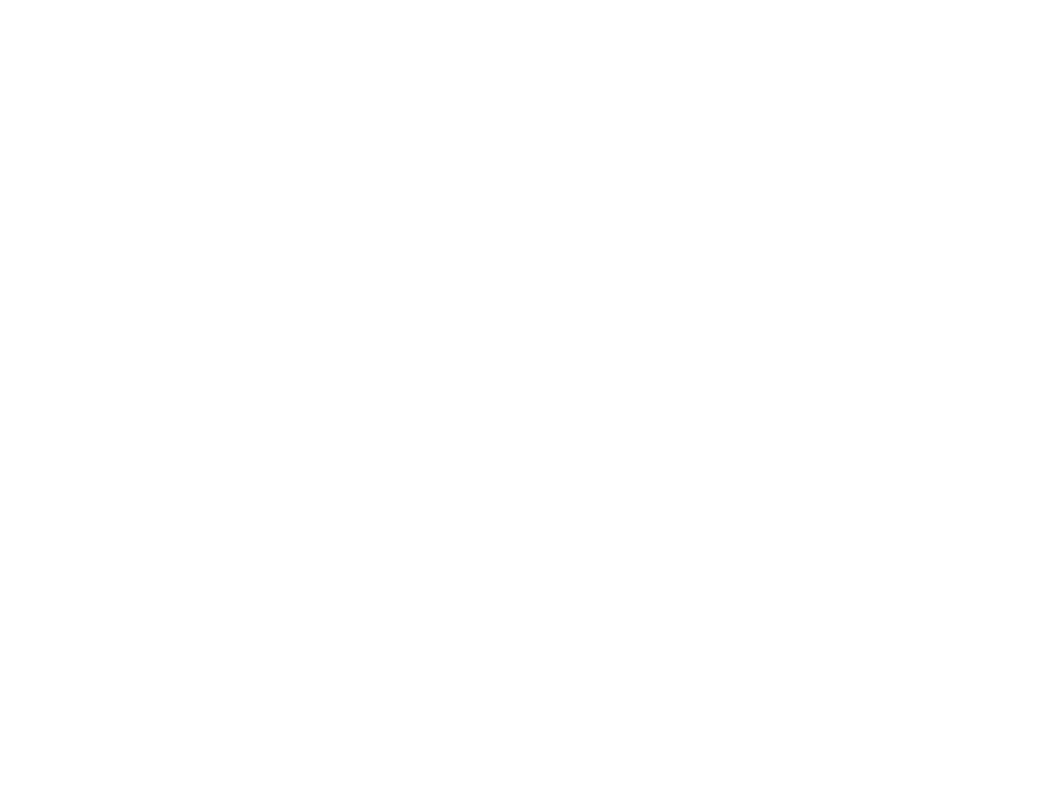
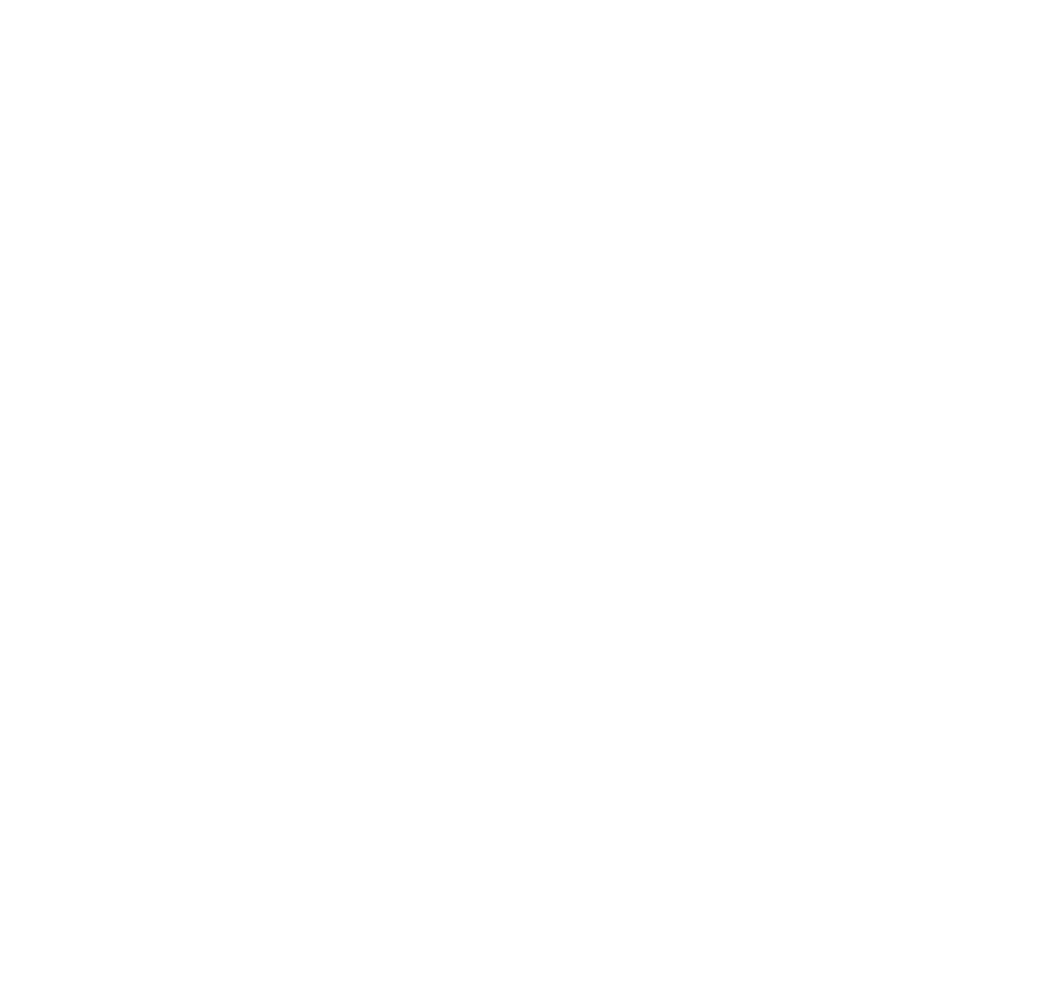
The diagram in data/graph.dot (dodokek/Tree-Structure-Akinator), drawn with Graphviz before and after one commit. The commit also changed 3 other files, not shown here.

```diff
--- a/data/graph.dot
+++ b/data/graph.dot
@@ -1,67 +1,73 @@
 
     digraph g {
         dpi      = 200;
         fontname = "Comic Sans MS";
         fontsize = 20;
         rankdir   =  TB;
         edge [color = darkgrey, arrowhead = onormal, arrowsize = 1, penwidth = 1.2]
         graph[fillcolor = lightgreen, ranksep = 1.3, nodesep = 0.5,
         style = "rounded, filled",color = green, penwidth = 2]
 
-    Node0000000000f824b0[shape=rectangle, color="red", width=0.2, style="filled",fillcolor="lightblue", label="Animal"] 
+    Node00000000010524b0[shape=rectangle, color="red", width=0.2, style="filled",fillcolor="lightblue", label="Animal"] 
  
-Node0000000000f82550[shape=rectangle, color="red", width=0.2, style="filled",fillcolor="lightblue", label="SucksDick"] 
+Node0000000001052550[shape=rectangle, color="red", width=0.2, style="filled",fillcolor="lightblue", label="SucksDick"] 
  
-Node0000000000f825f0[shape=rectangle, color="red", width=0.2, style="filled",fillcolor="lightblue", label="StudyInMAI"] 
+Node00000000010525f0[shape=rectangle, color="red", width=0.2, style="filled",fillcolor="lightblue", label="StudyInMAI"] 
  
-Node0000000000f82690[shape=rectangle, color="red", width=0.2, style="filled",fillcolor="lightblue", label="FiveInchDick"] 
+Node0000000001052690[shape=rectangle, color="red", width=0.2, style="filled",fillcolor="lightblue", label="FiveInchDick"] 
  
-Node0000000000f826c0[shape=rectangle, color="red", width=0.2, style="filled",fillcolor="lightblue", label="MishkFreddie"] 
+Node00000000010526c0[shape=rectangle, color="red", width=0.2, style="filled",fillcolor="lightblue", label="MishkFreddie"] 
  
-Node0000000000f826f0[shape=rectangle, color="red", width=0.2, style="filled",fillcolor="lightblue", label="Dolbaeb"] 
+Node0000000001057970[shape=rectangle, color="red", width=0.2, style="filled",fillcolor="lightblue", label="Dolbaeb"] 
  
-Node0000000000f879f0[shape=rectangle, color="red", width=0.2, style="filled",fillcolor="lightblue", label="Sanya"] 
+Node0000000001057a10[shape=rectangle, color="red", width=0.2, style="filled",fillcolor="lightblue", label="Sanya"] 
  
-Node0000000000f87a90[shape=rectangle, color="red", width=0.2, style="filled",fillcolor="lightblue", label="Govnovoder"] 
+Node0000000001057ab0[shape=rectangle, color="red", width=0.2, style="filled",fillcolor="lightblue", label="Govnovoder"] 
  
-Node0000000000f87b30[shape=rectangle, color="red", width=0.2, style="filled",fillcolor="lightblue", label="lox"] 
+Node0000000001057b50[shape=rectangle, color="red", width=0.2, style="filled",fillcolor="lightblue", label="lox"] 
  
-Node0000000000f87bd0[shape=rectangle, color="red", width=0.2, style="filled",fillcolor="lightblue", label="ya"] 
+Node0000000001057f60[shape=rectangle, color="red", width=0.2, style="filled",fillcolor="lightblue", label="Ultra"] 
  
-Node0000000000f87c70[shape=rectangle, color="red", width=0.2, style="filled",fillcolor="lightblue", label="Krestena"] 
+Node0000000001058050[shape=rectangle, color="red", width=0.2, style="filled",fillcolor="lightblue", label="Ded"] 
  
-Node0000000000f87d10[shape=rectangle, color="red", width=0.2, style="filled",fillcolor="lightblue", label="Arcadiy"] 
+Node0000000001057bf0[shape=rectangle, color="red", width=0.2, style="filled",fillcolor="lightblue", label="ya"] 
  
-Node0000000000f87db0[shape=rectangle, color="red", width=0.2, style="filled",fillcolor="lightblue", label="CumsAlot"] 
+Node0000000001057c90[shape=rectangle, color="red", width=0.2, style="filled",fillcolor="lightblue", label="Krestena"] 
  
-Node0000000000f87e50[shape=rectangle, color="red", width=0.2, style="filled",fillcolor="lightblue", label="Vitalik"] 
+Node0000000001057d30[shape=rectangle, color="red", width=0.2, style="filled",fillcolor="lightblue", label="Arcadiy"] 
  
-Node0000000000f88270[shape=rectangle, color="red", width=0.2, style="filled",fillcolor="lightblue", label="Coder"] 
+Node0000000001057dd0[shape=rectangle, color="red", width=0.2, style="filled",fillcolor="lightblue", label="CumsAlot"] 
  
-Node0000000000f880c0[shape=rectangle, color="red", width=0.2, style="filled",fillcolor="lightblue", label="Roma"] 
+Node0000000001057e70[shape=rectangle, color="red", width=0.2, style="filled",fillcolor="lightblue", label="Vitalik"] 
  
-Node0000000000f88120[shape=rectangle, color="red", width=0.2, style="filled",fillcolor="lightblue", label="Joe"] 
+Node0000000001057ff0[shape=rectangle, color="red", width=0.2, style="filled",fillcolor="lightblue", label="Coder"] 
  
-Node0000000000f880f0[shape=rectangle, color="red", width=0.2, style="filled",fillcolor="lightblue", label="Obama"] 
+Node0000000001058080[shape=rectangle, color="red", width=0.2, style="filled",fillcolor="lightblue", label="Roma"] 
  
-Node0000000000f88150[shape=rectangle, color="red", width=0.2, style="filled",fillcolor="lightblue", label="Sashka"] 
+Node00000000010580b0[shape=rectangle, color="red", width=0.2, style="filled",fillcolor="lightblue", label="Joe"] 
  
-Node0000000000f824b0->Node0000000000f82550
-Node0000000000f82550->Node0000000000f825f0
-Node0000000000f825f0->Node0000000000f82690
-Node0000000000f82690->Node0000000000f826c0
-Node0000000000f82690->Node0000000000f826f0
-Node0000000000f825f0->Node0000000000f879f0
-Node0000000000f82550->Node0000000000f87a90
-Node0000000000f87a90->Node0000000000f87b30
-Node0000000000f87b30->Node0000000000f87bd0
-Node0000000000f87b30->Node0000000000f87c70
-Node0000000000f87a90->Node0000000000f87d10
-Node0000000000f824b0->Node0000000000f87db0
-Node0000000000f87db0->Node0000000000f87e50
-Node0000000000f87db0->Node0000000000f88270
-Node0000000000f88270->Node0000000000f880c0
-Node0000000000f88270->Node0000000000f88120
-Node0000000000f88120->Node0000000000f880f0
-Node0000000000f88120->Node0000000000f88150
+Node00000000010581d0[shape=rectangle, color="red", width=0.2, style="filled",fillcolor="lightblue", label="Obama"] 
+ 
+Node0000000001058140[shape=rectangle, color="red", width=0.2, style="filled",fillcolor="lightblue", label="Sashka"] 
+ 
+Node00000000010524b0->Node0000000001052550
+Node0000000001052550->Node00000000010525f0
+Node00000000010525f0->Node0000000001052690
+Node0000000001052690->Node00000000010526c0
+Node0000000001052690->Node0000000001057970
+Node00000000010525f0->Node0000000001057a10
+Node0000000001052550->Node0000000001057ab0
+Node0000000001057ab0->Node0000000001057b50
+Node0000000001057b50->Node0000000001057f60
+Node0000000001057f60->Node0000000001058050
+Node0000000001057f60->Node0000000001057bf0
+Node0000000001057b50->Node0000000001057c90
+Node0000000001057ab0->Node0000000001057d30
+Node00000000010524b0->Node0000000001057dd0
+Node0000000001057dd0->Node0000000001057e70
+Node0000000001057dd0->Node0000000001057ff0
+Node0000000001057ff0->Node0000000001058080
+Node0000000001057ff0->Node00000000010580b0
+Node00000000010580b0->Node00000000010581d0
+Node00000000010580b0->Node0000000001058140
 }
```
